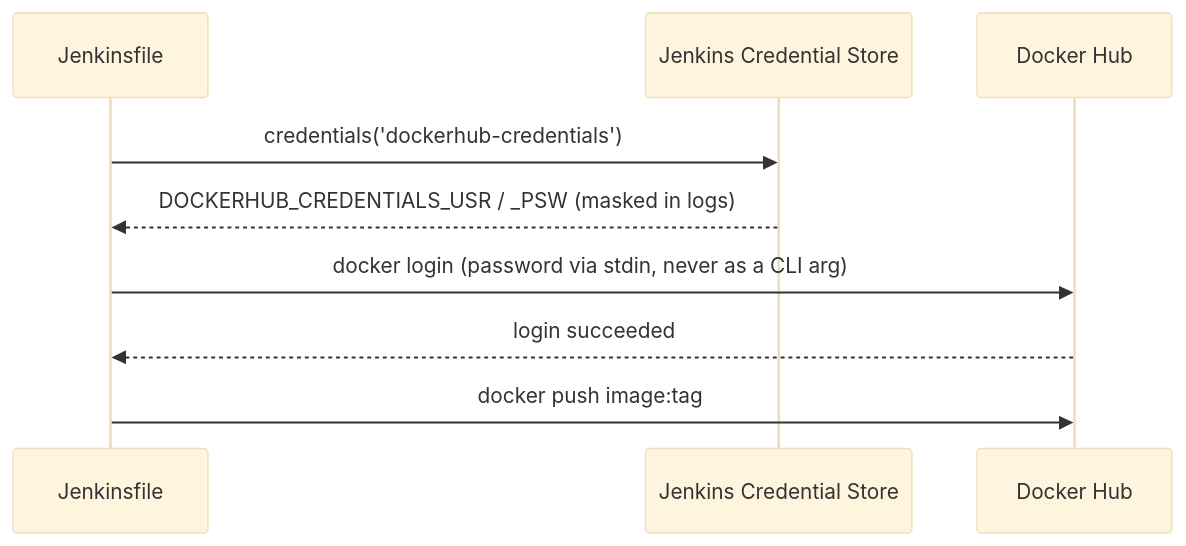
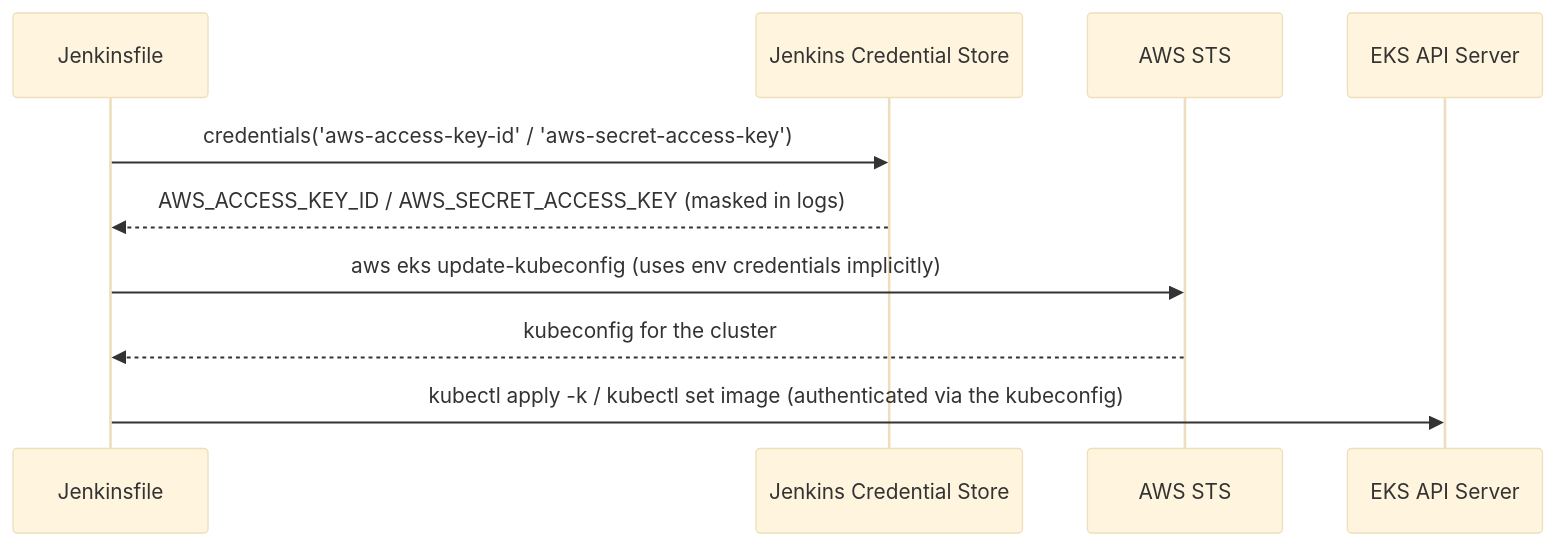
One commit to srikanth78933/Enterprise-DevOps-Learning-Platform changed the diagram in docs/05-Flow.md. Above: the diagram before and after it, drawn with Mermaid (base theme). The commit also changed other lines of this file and 47 other files, not shown here.

First line of the commit message:
Add Project 2: CD to AWS EKS (Terraform + Kubernetes + extended pipeline)

````diff
--- a/docs/05-Flow.md
+++ b/docs/05-Flow.md
@@ -28,12 +37,13 @@
 ```mermaid
 sequenceDiagram
     participant JF as Jenkinsfile
     participant JC as Jenkins Credential Store
-    participant DH as Docker Hub
+    participant AWS as AWS STS
+    participant EKS as EKS API Server
 
-    JF->>JC: credentials('dockerhub-credentials')
-    JC-->>JF: DOCKERHUB_CREDENTIALS_USR / _PSW (masked in logs)
-    JF->>DH: docker login (password via stdin, never as a CLI arg)
-    DH-->>JF: login succeeded
-    JF->>DH: docker push image:tag
+    JF->>JC: credentials('aws-access-key-id' / 'aws-secret-access-key')
+    JC-->>JF: AWS_ACCESS_KEY_ID / AWS_SECRET_ACCESS_KEY (masked in logs)
+    JF->>AWS: aws eks update-kubeconfig (uses env credentials implicitly)
+    AWS-->>JF: kubeconfig for the cluster
+    JF->>EKS: kubectl apply -k / kubectl set image (authenticated via the kubeconfig)
 ```
````
